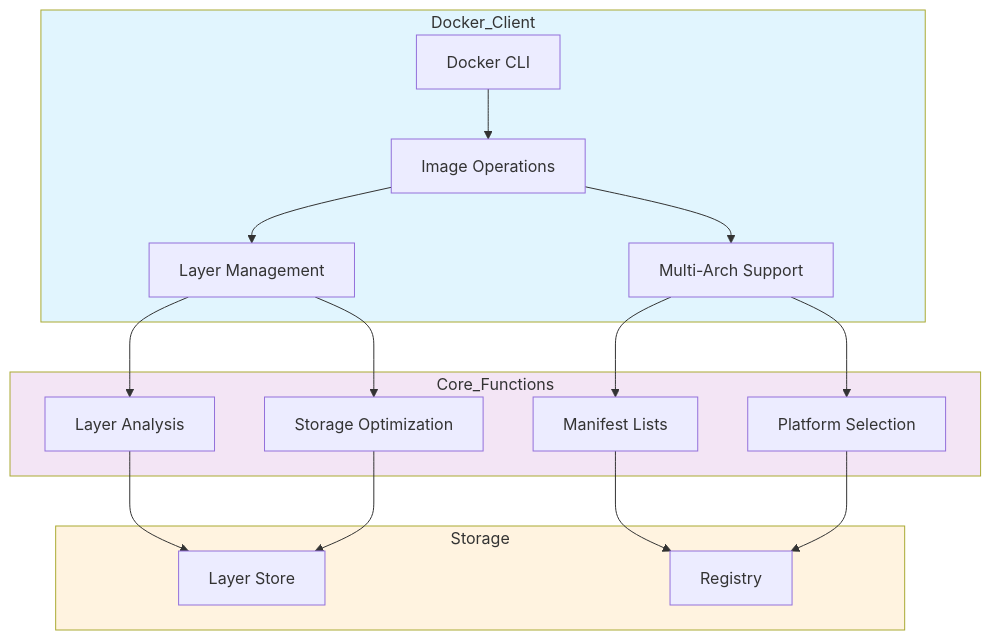
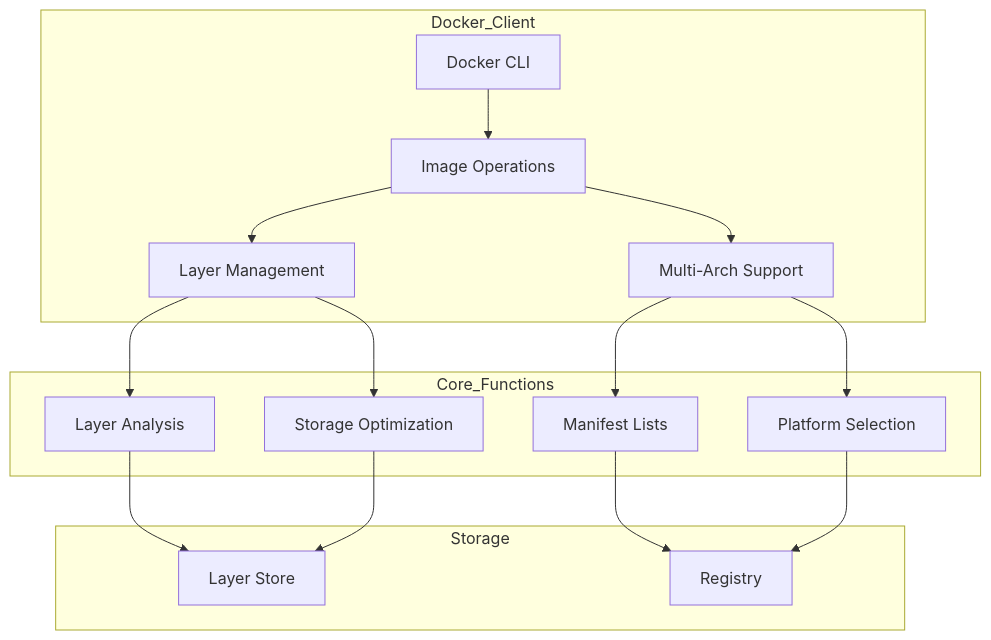
One commit to TheToriqul/docker-image-layers changed the diagram in README.md. Above: the diagram before and after it, drawn with Mermaid.

Commit message:
Architecture updated

````diff
--- a/README.md
+++ b/README.md
@@ -23,26 +23,22 @@
 ```mermaid
 graph TB
     subgraph Docker_Client
         A[Docker CLI] --> B[Image Operations]
         B --> C[Layer Management]
         B --> D[Multi-Arch Support]
     end
 
     subgraph Core_Functions
         C --> E[Layer Analysis]
         C --> F[Storage Optimization]
         D --> G[Manifest Lists]
         D --> H[Platform Selection]
     end
 
     subgraph Storage
         E --> I[Layer Store]
         F --> I
         G --> J[Registry]
         H --> J
     end
-
-    style Docker_Client fill:#e1f5fe
-    style Core_Functions fill:#f3e5f5
-    style Storage fill:#fff3e0
 ```
````
